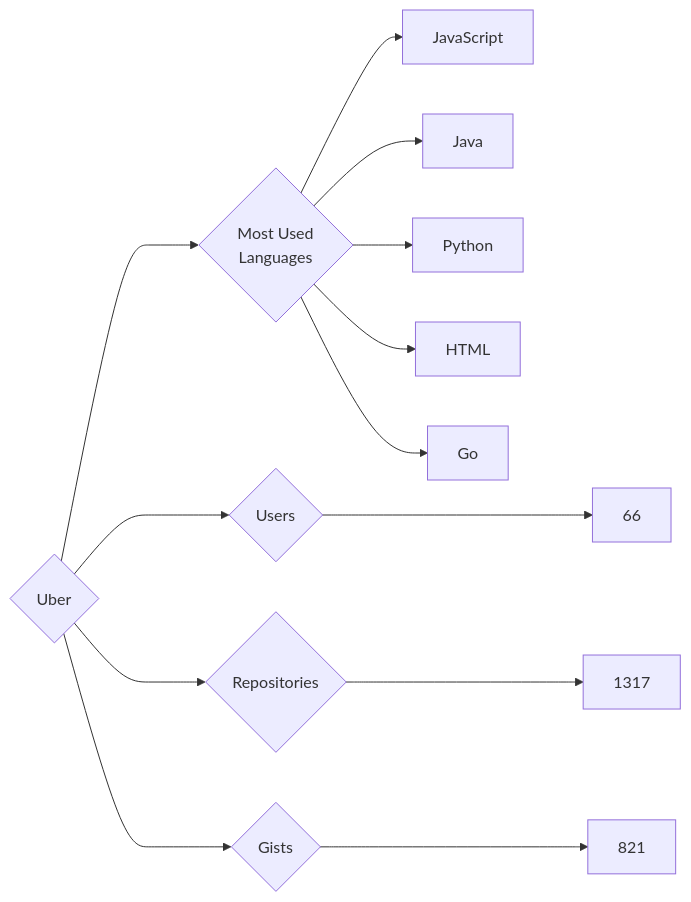
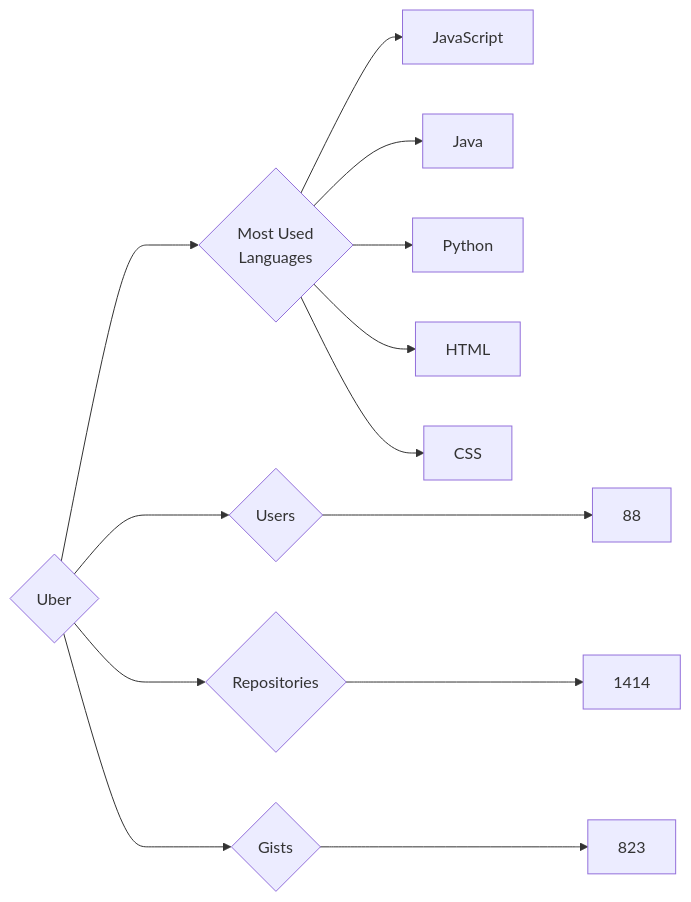
The diagram in targets/Uber/README.md (trickest/insiders), drawn with Mermaid before and after one commit. The commit also changed 814 other files, not shown here.

````diff
--- a/targets/Uber/README.md
+++ b/targets/Uber/README.md
@@ -3,13 +3,13 @@
 ```mermaid
 graph LR
 COMPANY_NAME{Uber}
-COMPANY_NAME ---> U{Users} ---> UN[66]
-COMPANY_NAME ---> R{Repositories} ---> RN[1317]
-COMPANY_NAME ---> G{Gists} ---> GN[821]
+COMPANY_NAME ---> U{Users} ---> UN[88]
+COMPANY_NAME ---> R{Repositories} ---> RN[1414]
+COMPANY_NAME ---> G{Gists} ---> GN[823]
 COMPANY_NAME ---> ML{Most Used<br>Languages}
 ML --> JavaScript[JavaScript]
 ML --> Java[Java]
 ML --> Python[Python]
 ML --> HTML[HTML]
-ML --> Go[Go]
+ML --> CSS[CSS]
 ```
````
